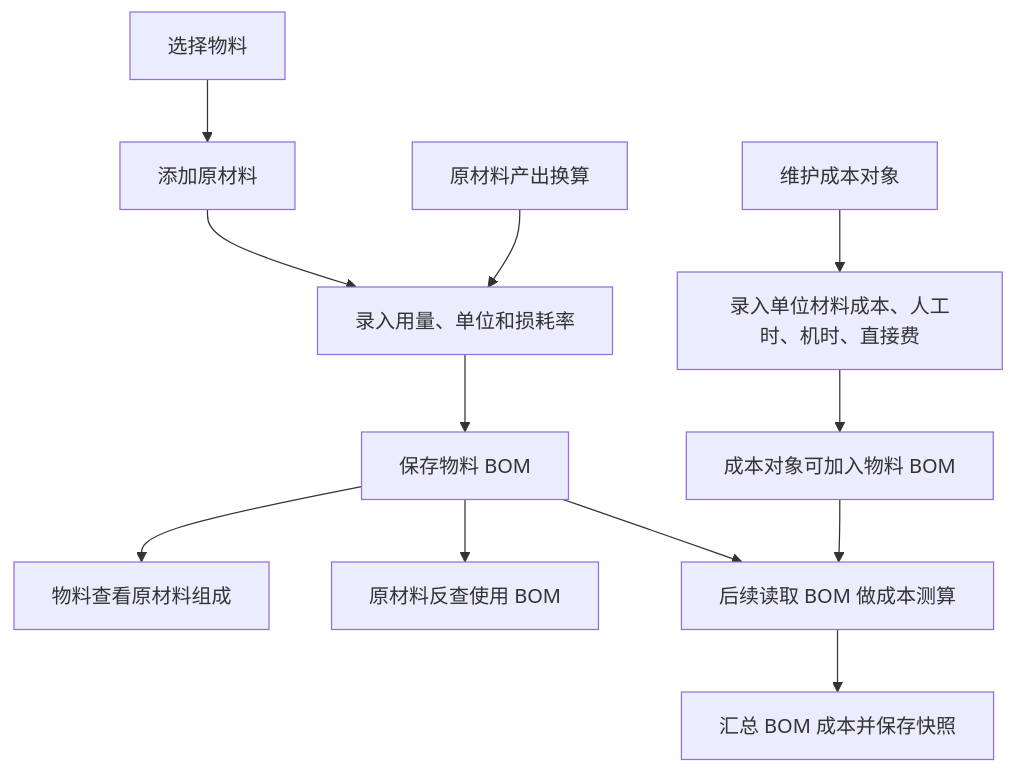
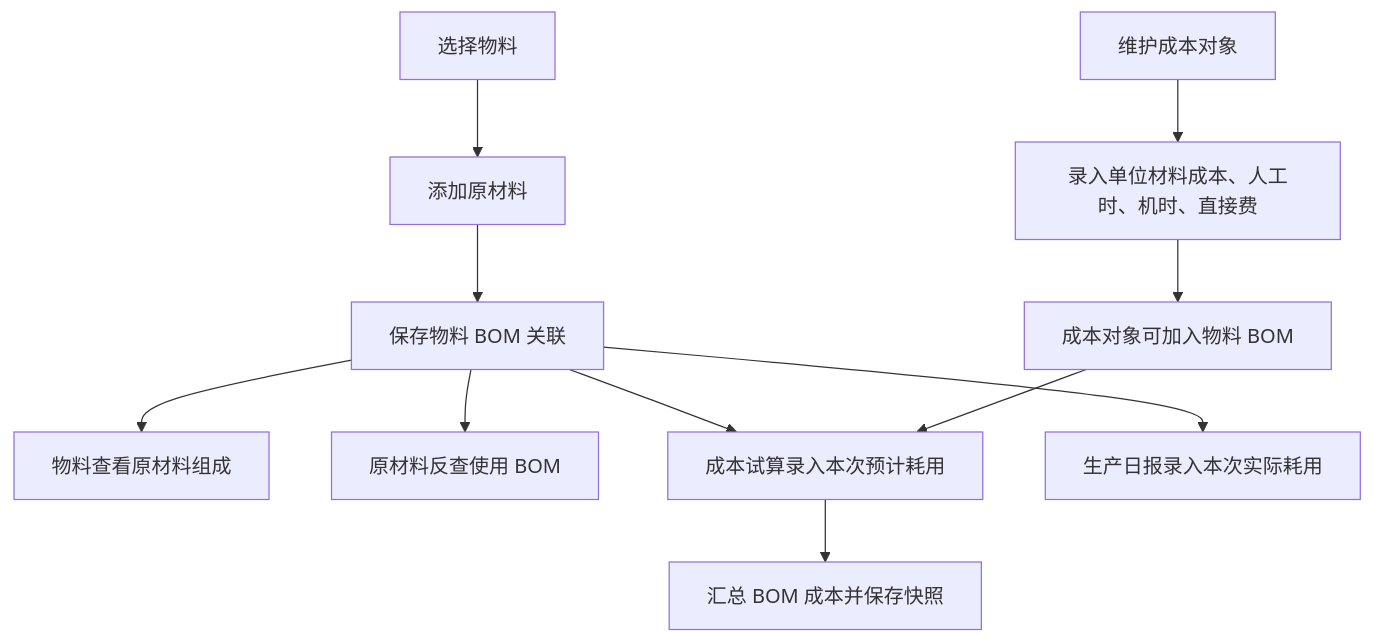
One commit to goldf2/mes-lite changed diagram 11 of 15 in docs/minierp/system-function-flow.md. Above: the diagram before and after it, drawn with Mermaid. The commit also changed other lines of this file and 41 other files, not shown here.

Commit message:
feat: add primary material measurement flow

````diff
--- a/docs/minierp/system-function-flow.md
+++ b/docs/minierp/system-function-flow.md
@@ -323,14 +326,13 @@
 ```mermaid
 flowchart TD
   A["选择物料"] --> B["添加原材料"]
-  B --> C["录入用量、单位和损耗率"]
-  L["原材料产出换算"] --> C
-  C --> D["保存物料 BOM"]
+  B --> D["保存物料 BOM 关联"]
   D --> E["物料查看原材料组成"]
   D --> F["原材料反查使用 BOM"]
-  D --> G["后续读取 BOM 做成本测算"]
+  D --> G["成本试算录入本次预计耗用"]
+  D --> P["生产日报录入本次实际耗用"]
   H["维护成本对象"] --> I["录入单位材料成本、人工时、机时、直接费"]
   I --> J["成本对象可加入物料 BOM"]
   J --> G
   G --> K["汇总 BOM 成本并保存快照"]
 ```
````
